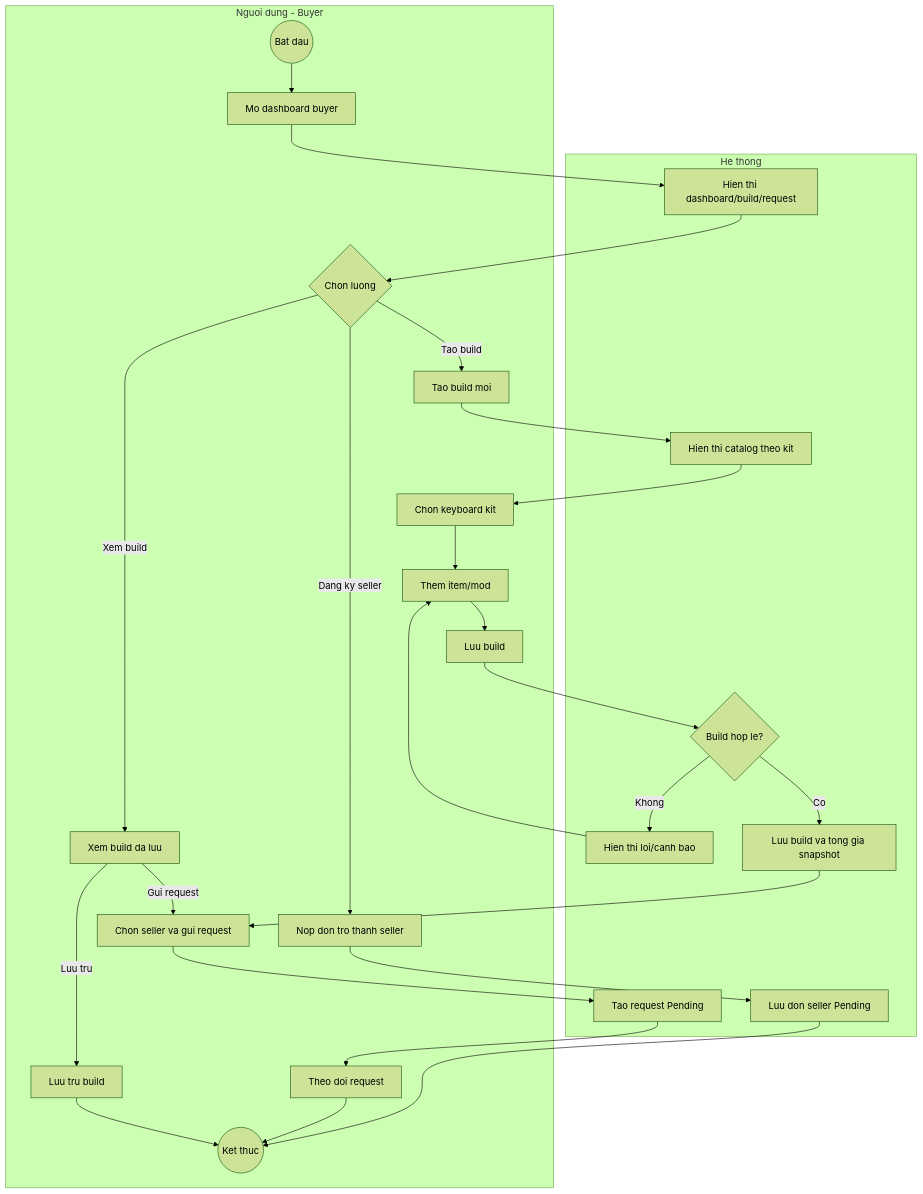
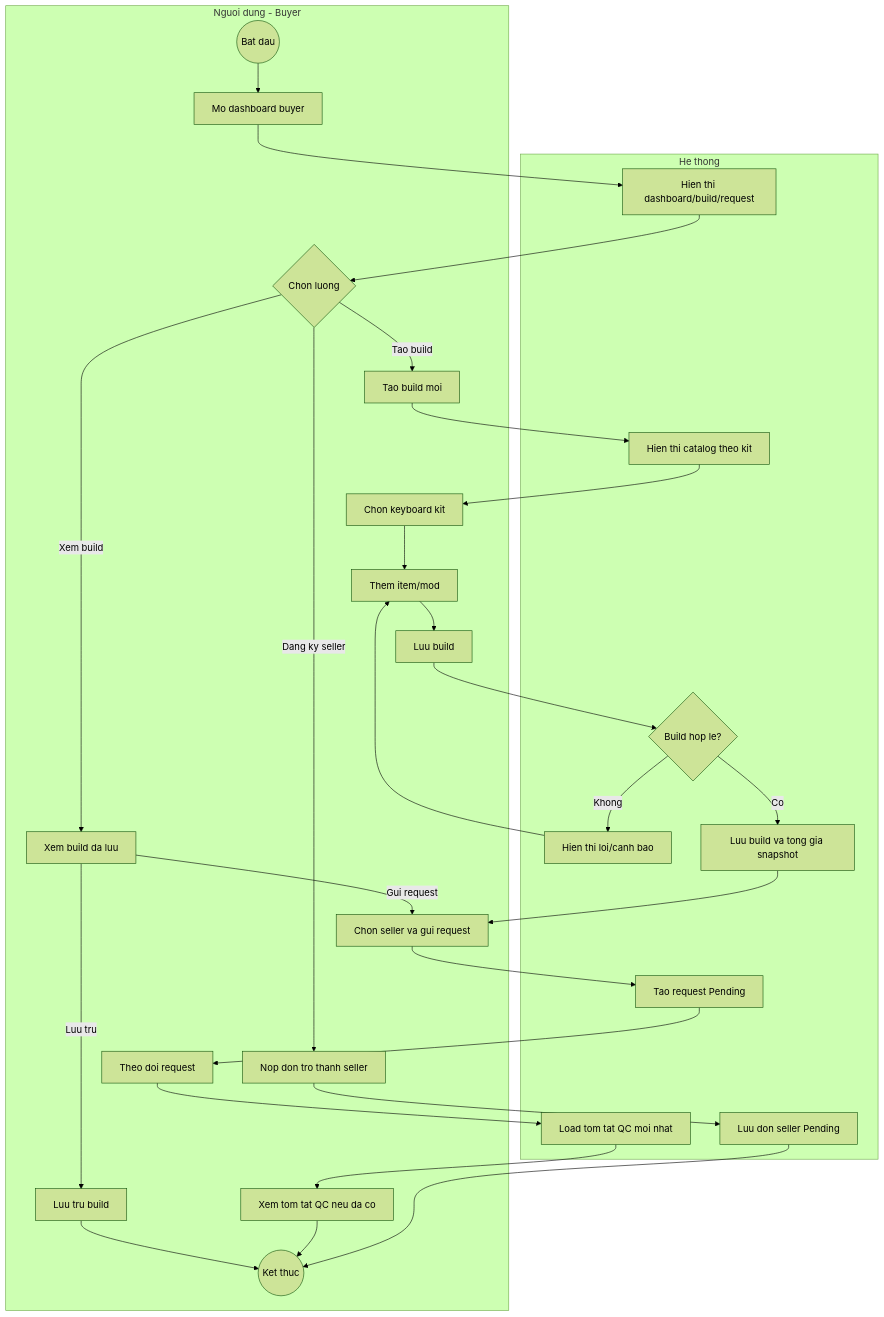
One commit to froynar/Custom_keyboard changed the second of 6 diagrams in Documents_Refactor/Custom_Keyboard_Activity_Diagrams_Simplified.md. Above: the diagram before and after it, drawn with Mermaid (forest theme). The commit also changed other lines of this file and 8 other files, not shown here.

Commit message:
hoan thien diagram thay yeu cau

````diff
--- a/Documents_Refactor/Custom_Keyboard_Activity_Diagrams_Simplified.md
+++ b/Documents_Refactor/Custom_Keyboard_Activity_Diagrams_Simplified.md
@@ -51,37 +51,39 @@
 ```mermaid
 flowchart TD
     subgraph UserLane["Nguoi dung - Buyer"]
         Start((Bat dau))
         OpenDashboard[Mo dashboard buyer]
         Choose{Chon luong}
         ViewBuilds[Xem build da luu]
         CreateBuild[Tao build moi]
         SelectKit[Chon keyboard kit]
         AddItems[Them item/mod]
         ClickSave[Luu build]
         ChooseSeller[Chon seller va gui request]
         ViewStatus[Theo doi request]
+        ViewQcSummary[Xem tom tat QC neu da co]
         Archive[Luu tru build]
         ApplySeller[Nop don tro thanh seller]
         End((Ket thuc))
     end
 
     subgraph SystemLane["He thong"]
         ShowDashboard[Hien thi dashboard/build/request]
         LoadCatalog[Hien thi catalog theo kit]
         ValidateBuild{Build hop le?}
         ShowBuildError[Hien thi loi/canh bao]
         SaveBuild[Luu build va tong gia snapshot]
         CreateRequest[Tao request Pending]
+        LoadQcSummary[Load tom tat QC moi nhat]
         SaveApplication[Luu don seller Pending]
     end
 
     Start --> OpenDashboard --> ShowDashboard --> Choose
     Choose -- Xem build --> ViewBuilds
     ViewBuilds -- Luu tru --> Archive --> End
     ViewBuilds -- Gui request --> ChooseSeller
     Choose -- Tao build --> CreateBuild --> LoadCatalog --> SelectKit --> AddItems --> ClickSave --> ValidateBuild
     ValidateBuild -- Khong --> ShowBuildError --> AddItems
-    ValidateBuild -- Co --> SaveBuild --> ChooseSeller --> CreateRequest --> ViewStatus --> End
+    ValidateBuild -- Co --> SaveBuild --> ChooseSeller --> CreateRequest --> ViewStatus --> LoadQcSummary --> ViewQcSummary --> End
     Choose -- Dang ky seller --> ApplySeller --> SaveApplication --> End
 ```
````
